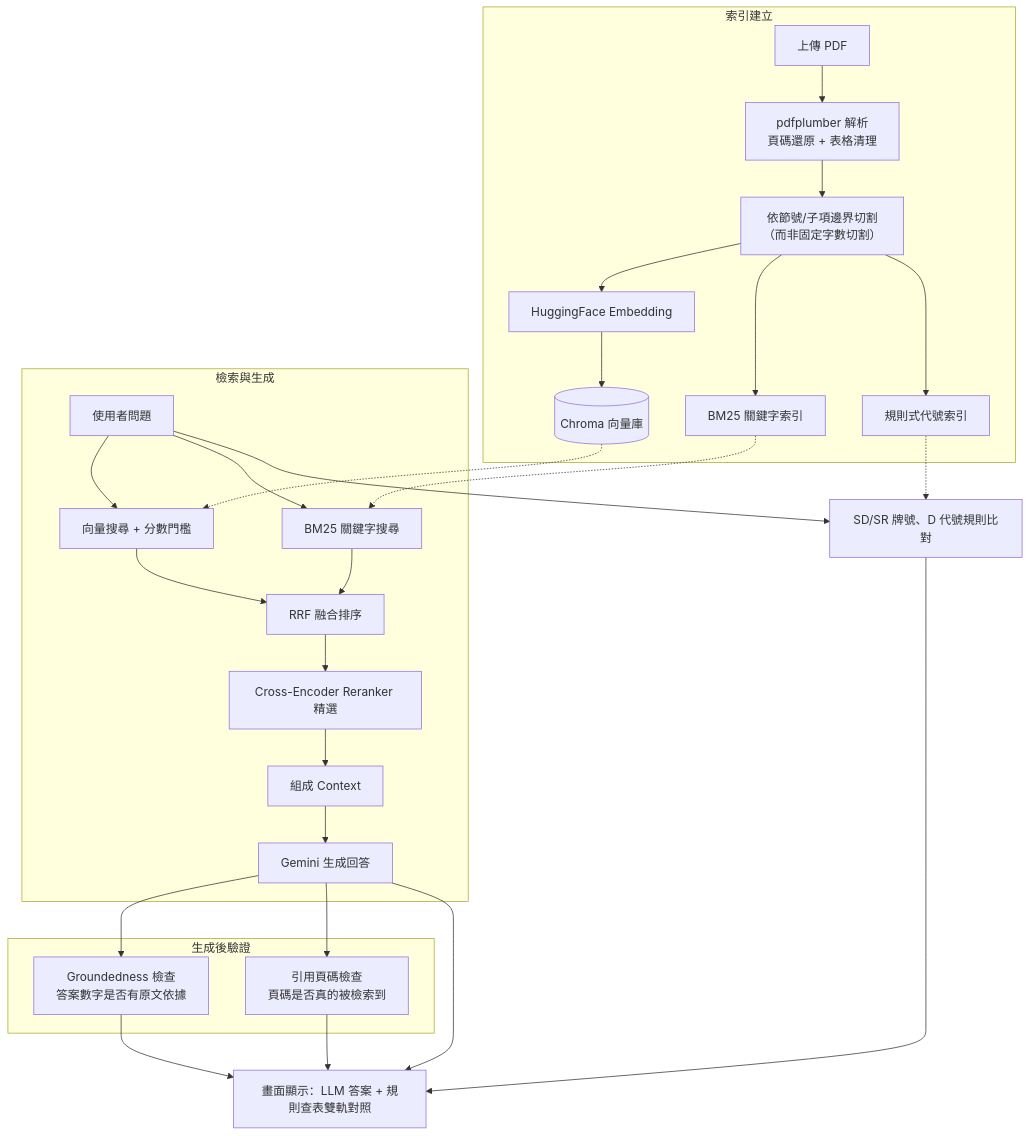
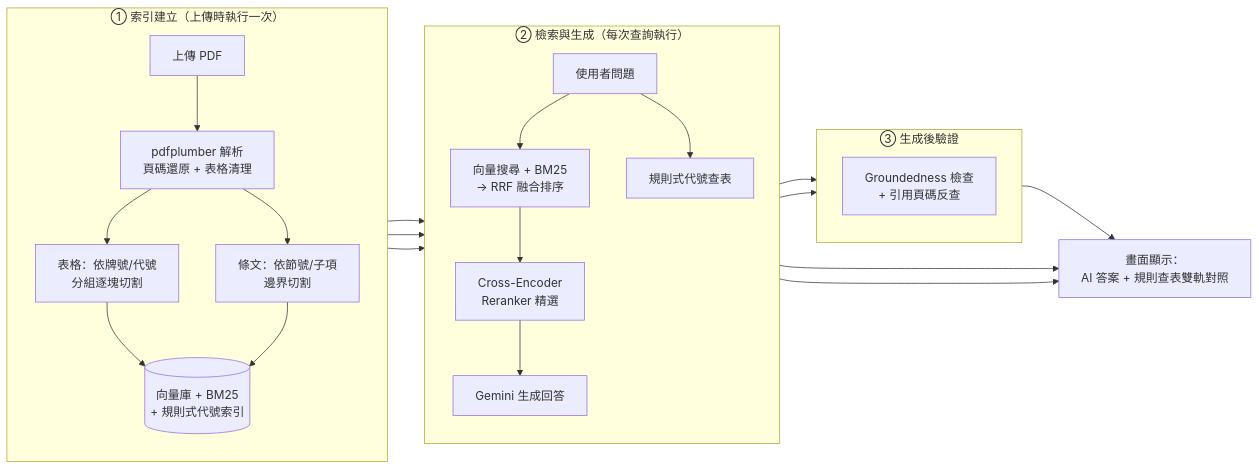
Before and after one commit to ching-pochiu/rag: the diagram in README.md, drawn with Mermaid. The commit also changed other lines of this file, not shown here.

Commit message:
README 更新：明確化與 ConSpec-Agent 的差異、重畫架構圖、更新已知限制
- 新增「與原型 ConSpec-Agent 的差異」對照表，取代原本埋在動機段落
  裡的單句說明，讓「這不是重做一個類似的東西」這個定位一眼看清楚
- 重畫系統架構圖：原本三個 subgraph 靠虛線交叉連回去（E-.->D2 這種），
  難以閱讀，且完全沒反映最新加入的「表格依代號分組切塊」步驟；改成
  索引建立 → 檢索與生成 → 生成後驗證 三段式線性流程，並把向量庫/
  BM25/規則式索引收斂成一個共用的資料存放節點，減少交叉線
- 成效驗證新增 BM25 中文分詞、生成 Prompt 措辭兩個最有代表性的
  修正前後對照（原本一次加了 3 個對照表太雜，拿掉「向量核可閘門」
  那個較次要的案例）
- 已知限制移除「混合檢索排序存在措辭依賴的隨機性」——這個說法是
  今天查出 BM25 分詞 bug 之前寫的舊結論，現在已知那其實主要是分詞
  bug 造成的（已修好），繼續留著會誤導讀者；改成今天實測發現的三個
  真正還沒解的限制（窮舉清單答不全、短句 chunk 對通用字查詢命中率
  較低、LLM 不會主動彙整分散片段）

````diff
--- a/README.md
+++ b/README.md
@@ -13,36 +25,32 @@
 ```mermaid
-flowchart TB
-    subgraph 索引建立
+flowchart LR
+    subgraph S1["① 索引建立（上傳時執行一次）"]
+        direction TB
         A[上傳 PDF] --> B["pdfplumber 解析<br/>頁碼還原 + 表格清理"]
-        B --> C["依節號/子項邊界切割<br/>（而非固定字數切割）"]
-        C --> D[HuggingFace Embedding]
-        D --> E[(Chroma 向量庫)]
-        C --> F[BM25 關鍵字索引]
-        C --> G[規則式代號索引]
+        B --> C1["表格：依牌號/代號<br/>分組逐塊切割"]
+        B --> C2["條文：依節號/子項<br/>邊界切割"]
+        C1 --> D[(向量庫 + BM25<br/>+ 規則式代號索引)]
+        C2 --> D
     end
 
-    subgraph 檢索與生成
-        Q[使用者問題] --> D2[向量搜尋 + 分數門檻]
-        Q --> F2[BM25 關鍵字搜尋]
-        D2 --> R[RRF 融合排序]
-        F2 --> R
-        R --> RR[Cross-Encoder Reranker 精選]
-        RR --> CTX[組成 Context]
-        CTX --> LLM[Gemini 生成回答]
+    subgraph S2["② 檢索與生成（每次查詢執行）"]
+        direction TB
+        Q[使用者問題] --> HYB["向量搜尋 + BM25<br/>→ RRF 融合排序"]
+        HYB --> RR[Cross-Encoder<br/>Reranker 精選]
+        RR --> LLM[Gemini 生成回答]
+        Q --> RULE[規則式代號查表]
     end
 
-    subgraph 生成後驗證
-        LLM --> GC[Groundedness 檢查<br/>答案數字是否有原文依據]
-        LLM --> CC[引用頁碼檢查<br/>頁碼是否真的被檢索到]
+    subgraph S3["③ 生成後驗證"]
+        direction TB
+        LLM --> GC["Groundedness 檢查<br/>+ 引用頁碼反查"]
     end
 
-    Q --> RULE[SD/SR 牌號、D 代號規則比對]
-    RULE --> OUT[畫面顯示：LLM 答案 + 規則查表雙軌對照]
-    LLM --> OUT
+    D --> HYB
+    D --> RULE
+    LLM --> OUT["畫面顯示：<br/>AI 答案 + 規則查表雙軌對照"]
     GC --> OUT
-    CC --> OUT
+    RULE --> OUT
 
-    E -.-> D2
-    F -.-> F2
-    G -.-> RULE
+    S1 --> S2 --> S3
 ```
````
